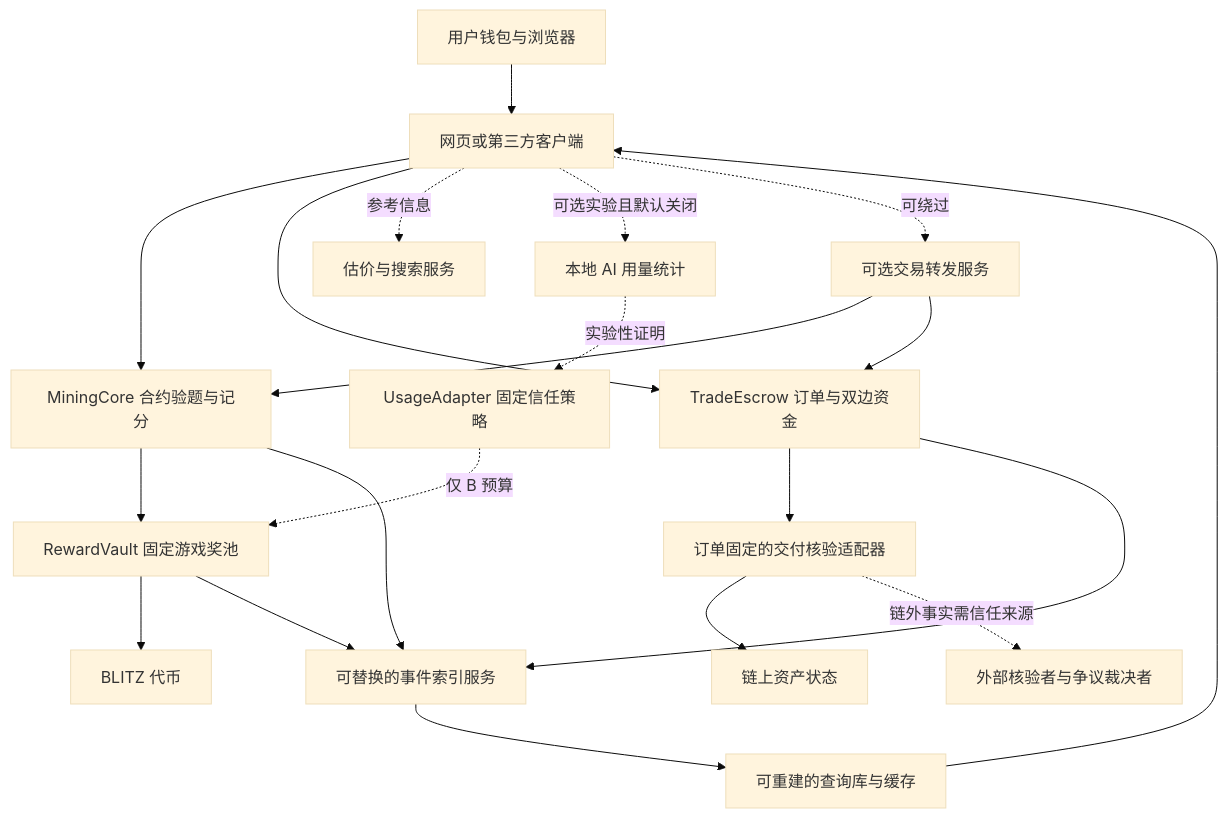
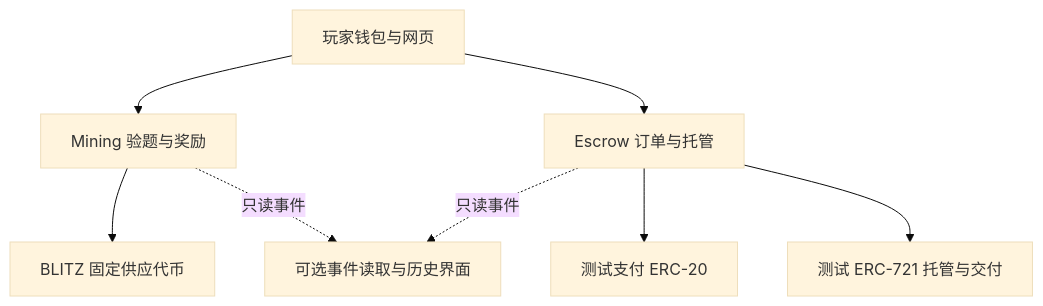
The diagram in docs/ARCHITECTURE.md (Hadi777-apk/monad-blitz), drawn with Mermaid (base theme) before and after one commit. The commit also changed other lines of this file and 7 other files, not shown here.

Commit message:
docs: adopt v0.5 hackathon architecture and align protocol documents

````diff
--- a/docs/ARCHITECTURE.md
+++ b/docs/ARCHITECTURE.md
@@ -28,23 +25,10 @@
 ```mermaid
 flowchart TB
-    U[用户钱包与浏览器] --> W[网页或第三方客户端]
-    W --> MC[MiningCore 合约验题与记分]
-    MC --> RV[RewardVault 固定游戏奖池]
-    RV --> BT[BLITZ 代币]
-    W --> TE[TradeEscrow 订单与双边资金]
-    TE --> AV[订单固定的交付核验适配器]
-    AV --> CA[链上资产状态]
-    AV -. 链外事实需信任来源 .-> EA[外部核验者与争议裁决者]
-    W -. 参考信息 .-> QS[估价与搜索服务]
-    W -. 可选实验且默认关闭 .-> LA[本地 AI 用量统计]
-    LA -. 实验性证明 .-> UA[UsageAdapter 固定信任策略]
-    UA -. 仅 B 预算 .-> RV
-    MC --> IX[可替换的事件索引服务]
-    TE --> IX
-    RV --> IX
-    IX --> DB[可重建的查询库与缓存]
-    DB --> W
-    W -. 可绕过 .-> RL[可选交易转发服务]
-    RL --> MC
-    RL --> TE
+    W[玩家钱包与网页] --> M[Mining 验题与奖励]
+    W --> E[Escrow 订单与托管]
+    M --> B[BLITZ 固定供应代币]
+    E --> P[测试支付 ERC-20]
+    E --> N[测试 ERC-721 托管与交付]
+    M -. 只读事件 .-> I[可选事件读取与历史界面]
+    E -. 只读事件 .-> I
 ```
````
